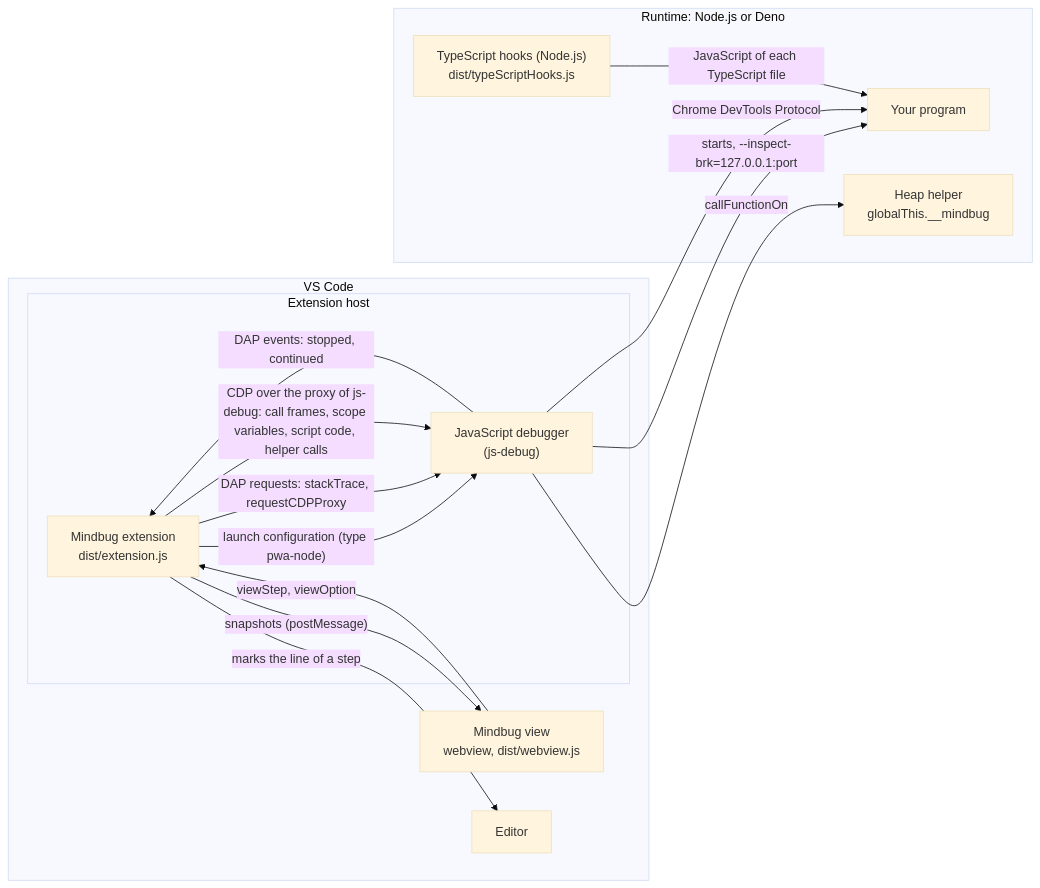
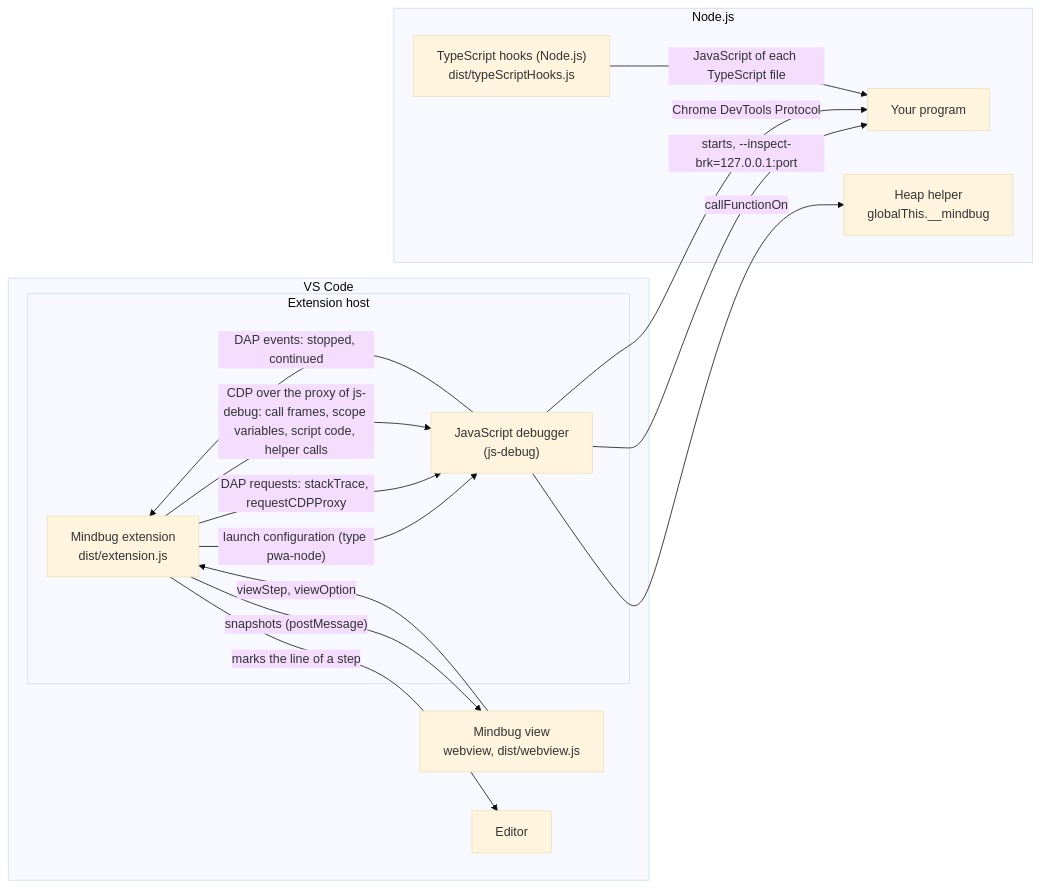
One commit to nimblescape/nimblescape-mindbug changed the diagram in docs/architecture.md. Above: the diagram before and after it, drawn with Mermaid (base theme). The commit also changed other lines of this file and 48 other files, not shown here.

First line of the commit message:
Remove Deno support: Mindbug runs programs with Node.js only

````diff
--- a/docs/architecture.md
+++ b/docs/architecture.md
@@ -9,27 +9,27 @@
 ```mermaid
 flowchart LR
   subgraph VSC["VS Code"]
     subgraph HOST["Extension host"]
       EXT["Mindbug extension<br/>dist/extension.js"]
       JSD["JavaScript debugger<br/>(js-debug)"]
     end
     VIEW["Mindbug view<br/>webview, dist/webview.js"]
     ED["Editor"]
   end
-  subgraph RT["Runtime: Node.js or Deno"]
+  subgraph RT["Node.js"]
     HK["TypeScript hooks (Node.js)<br/>dist/typeScriptHooks.js"]
     PRG["Your program"]
     HW["Heap helper<br/>globalThis.__mindbug"]
   end
   EXT -- "launch configuration (type pwa-node)" --> JSD
   JSD -- "starts, --inspect-brk=127.0.0.1:port" --> PRG
   JSD -- "Chrome DevTools Protocol" --> PRG
   JSD -- "DAP events: stopped, continued" --> EXT
   EXT -- "DAP requests: stackTrace, requestCDPProxy" --> JSD
   EXT -- "CDP over the proxy of js-debug: call frames, scope variables, script code, helper calls" --> JSD
   JSD -- "callFunctionOn" --> HW
   HK -- "JavaScript of each TypeScript file" --> PRG
   EXT -- "snapshots (postMessage)" --> VIEW
   VIEW -- "viewStep, viewOption" --> EXT
   EXT -- "marks the line of a step" --> ED
 ```
````
